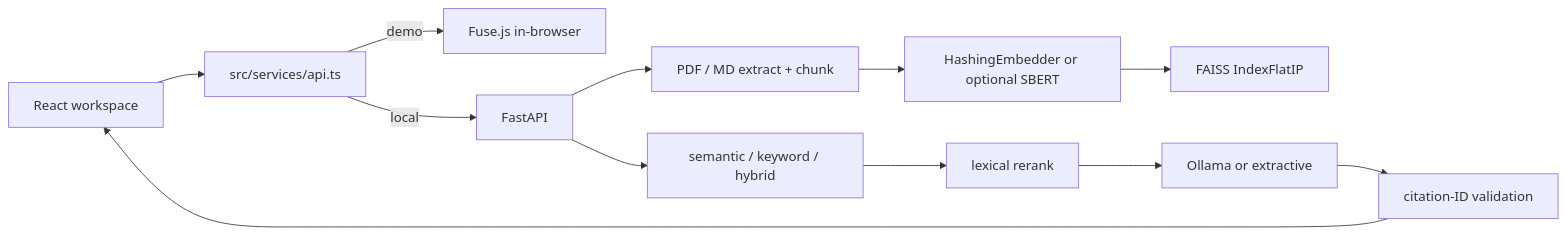
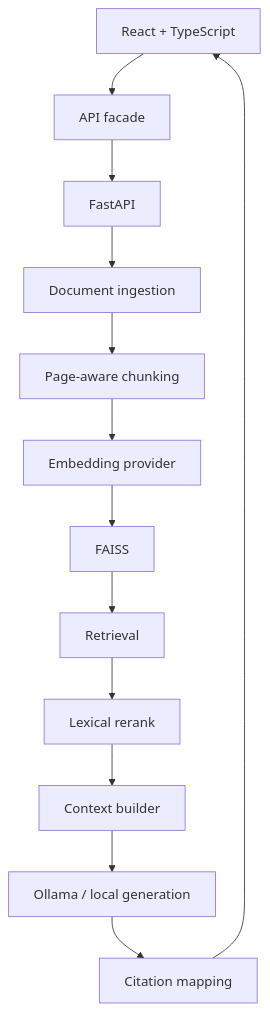
Before and after one commit to Sohan1606/nexus-ai-document-intelligence: the diagram in README.md, drawn with Mermaid. The commit also changed other lines of this file, not shown here.

````diff
--- a/README.md
+++ b/README.md
@@ -482,14 +118,15 @@
 ```mermaid
-flowchart LR
-  UI[React workspace] --> API[src/services/api.ts]
-  API -->|demo| Fuse[Fuse.js in-browser]
-  API -->|local| FastAPI
-  FastAPI --> Ingest[PDF / MD extract + chunk]
-  Ingest --> Emb[HashingEmbedder or optional SBERT]
-  Emb --> FAISS[FAISS IndexFlatIP]
-  FastAPI --> Retrieve[semantic / keyword / hybrid]
-  Retrieve --> Rerank[lexical rerank]
-  Rerank --> Gen[Ollama or extractive]
-  Gen --> Cite[citation-ID validation]
-  Cite --> UI
+graph TD
+    A[React + TypeScript] --> B[API facade]
+    B --> C[FastAPI]
+    C --> D[Document ingestion]
+    D --> E[Page-aware chunking]
+    E --> F[Embedding provider]
+    F --> G[FAISS]
+    G --> H[Retrieval]
+    H --> I[Lexical rerank]
+    I --> J[Context builder]
+    J --> K[Ollama / local generation]
+    K --> L[Citation mapping]
+    L --> A
 ```
````
